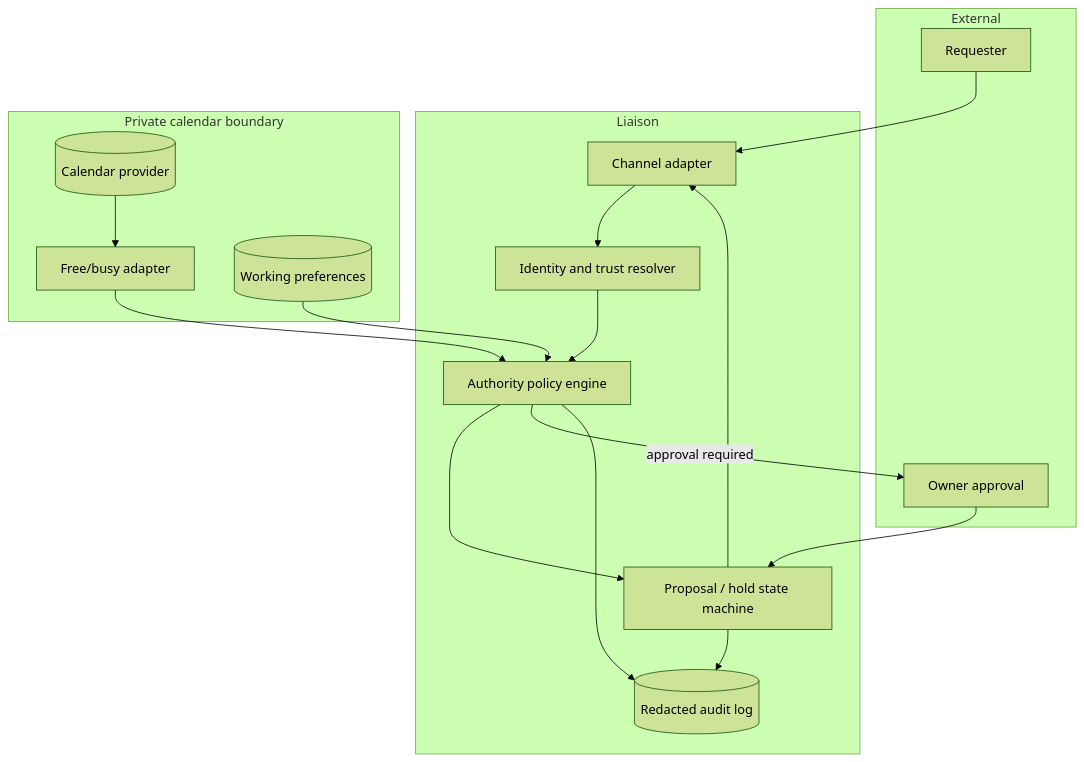
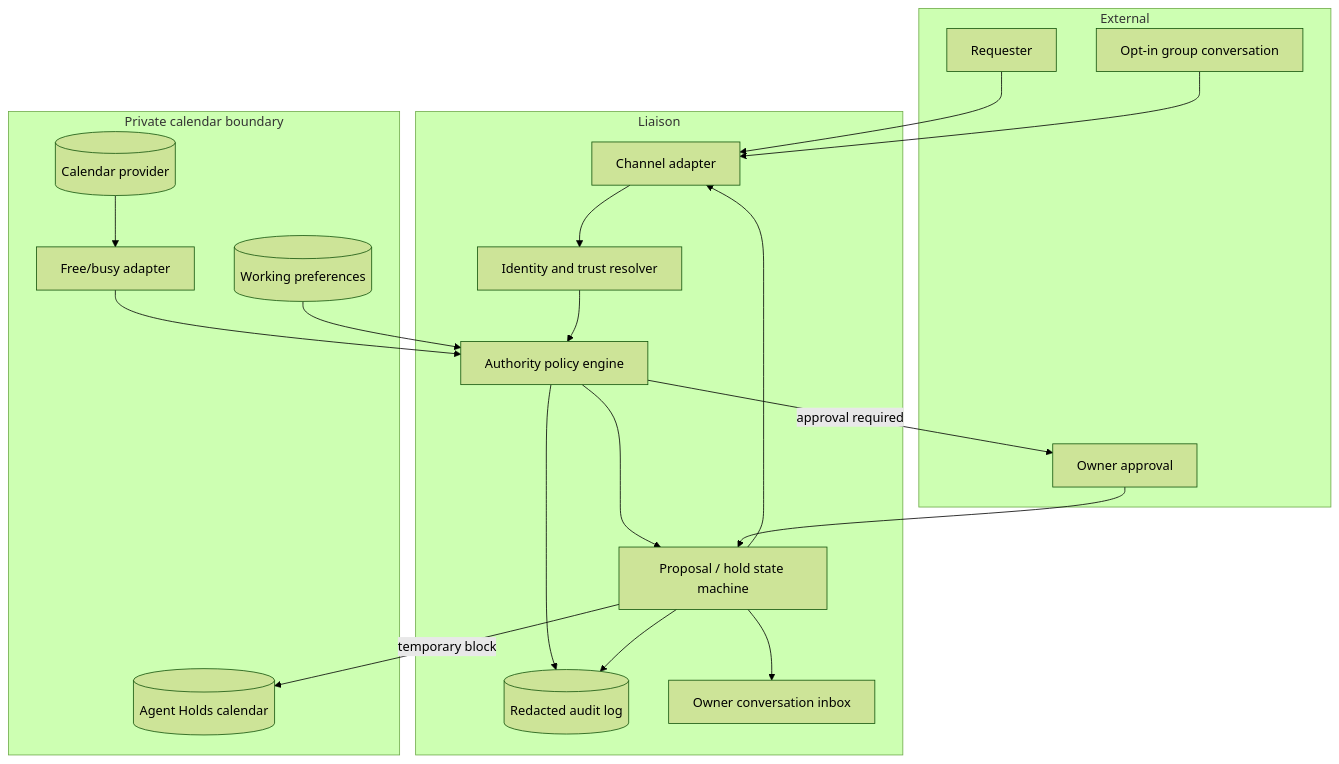
Before and after one commit to simon5530/agent-liaison: the diagram in docs/ARCHITECTURE.md, drawn with Mermaid (forest theme). The commit also changed other lines of this file and 4 other files, not shown here.

````diff
--- a/docs/ARCHITECTURE.md
+++ b/docs/ARCHITECTURE.md
@@ -9,30 +9,36 @@
 ```mermaid
 flowchart TB
   subgraph External
     User[Requester]
     Owner[Owner approval]
+    Group[Opt-in group conversation]
   end
 
   subgraph Liaison
     Channel[Channel adapter]
     Identity[Identity and trust resolver]
     Policy[Authority policy engine]
     State[Proposal / hold state machine]
     Audit[(Redacted audit log)]
+    Inbox[Owner conversation inbox]
   end
 
   subgraph PrivateBoundary[Private calendar boundary]
     FreeBusy[Free/busy adapter]
     Preferences[(Working preferences)]
     Calendar[(Calendar provider)]
+    Holds[(Agent Holds calendar)]
   end
 
   User --> Channel --> Identity --> Policy
+  Group --> Channel
   Calendar --> FreeBusy --> Policy
   Preferences --> Policy
   Policy --> State --> Channel
   Policy -->|approval required| Owner
   Owner --> State
+  State --> Inbox
+  State -->|temporary block| Holds
   Policy --> Audit
   State --> Audit
 ```
````
